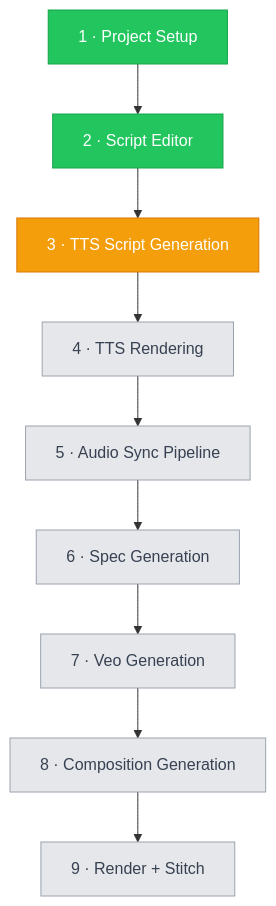
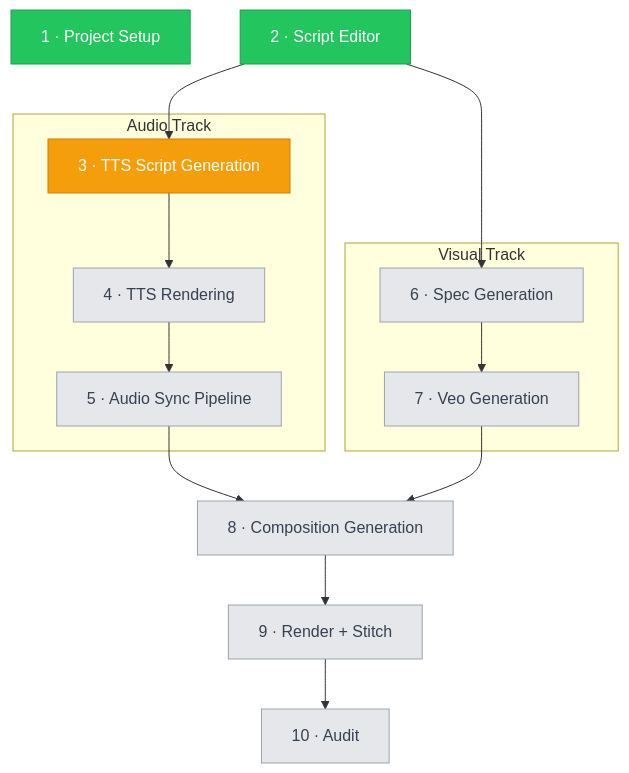
One commit to promptdriven/pdd changed the second of 3 diagrams in demos/3blue1brown/PRD.md. Above: the diagram before and after it, drawn with Mermaid. The commit also changed other lines of this file, not shown here.

````diff
--- a/demos/3blue1brown/PRD.md
+++ b/demos/3blue1brown/PRD.md
@@ -363,18 +437,30 @@
 ```mermaid
 flowchart TD
     S1["1 · Project Setup"]:::done
     S2["2 · Script Editor"]:::done
-    S3["3 · TTS Script Generation"]:::running
-    S4["4 · TTS Rendering"]:::pending
-    S5["5 · Audio Sync Pipeline"]:::pending
-    S6["6 · Spec Generation"]:::pending
-    S7["7 · Veo Generation"]:::pending
-    S8["8 · Composition Generation"]:::pending
-    S9["9 · Render + Stitch"]:::pending
 
-    S1 --> S2 --> S3 --> S4 --> S5 --> S6 --> S7 --> S8 --> S9
+    subgraph audio["Audio Track"]
+        S3["3 · TTS Script Generation"]:::running
+        S4["4 · TTS Rendering"]:::pending
+        S5["5 · Audio Sync Pipeline"]:::pending
+        S3 --> S4 --> S5
+    end
+
+    subgraph visual["Visual Track"]
+        S6["6 · Spec Generation"]:::pending
+        S7["7 · Veo Generation"]:::pending
+        S6 --> S7
+    end
+
+    S2 --> S3
+    S2 --> S6
+
+    S5 --> S8["8 · Composition Generation"]:::pending
+    S7 --> S8
+    S8 --> S9["9 · Render + Stitch"]:::pending
+    S9 --> S10["10 · Audit"]:::pending
 
     classDef done    fill:#22c55e,color:#fff,stroke:#16a34a
     classDef running fill:#f59e0b,color:#fff,stroke:#d97706
     classDef pending fill:#e5e7eb,color:#374151,stroke:#9ca3af
 ```
````
